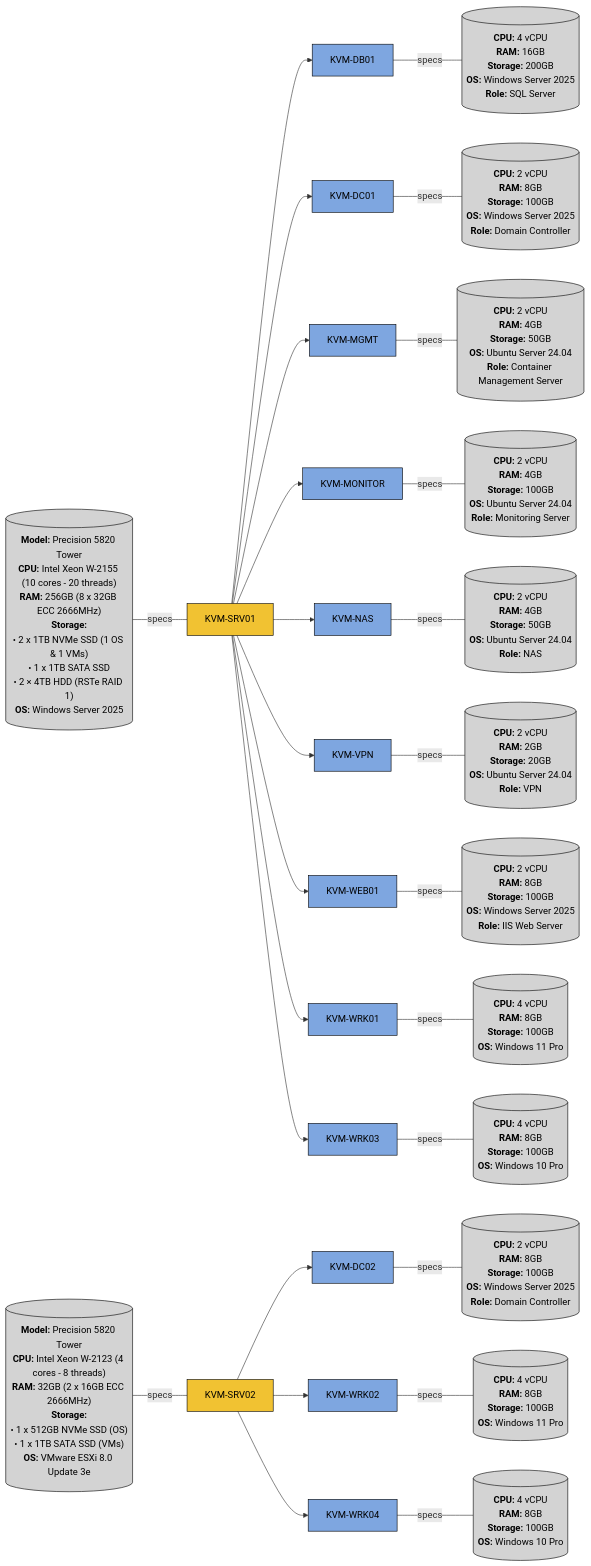
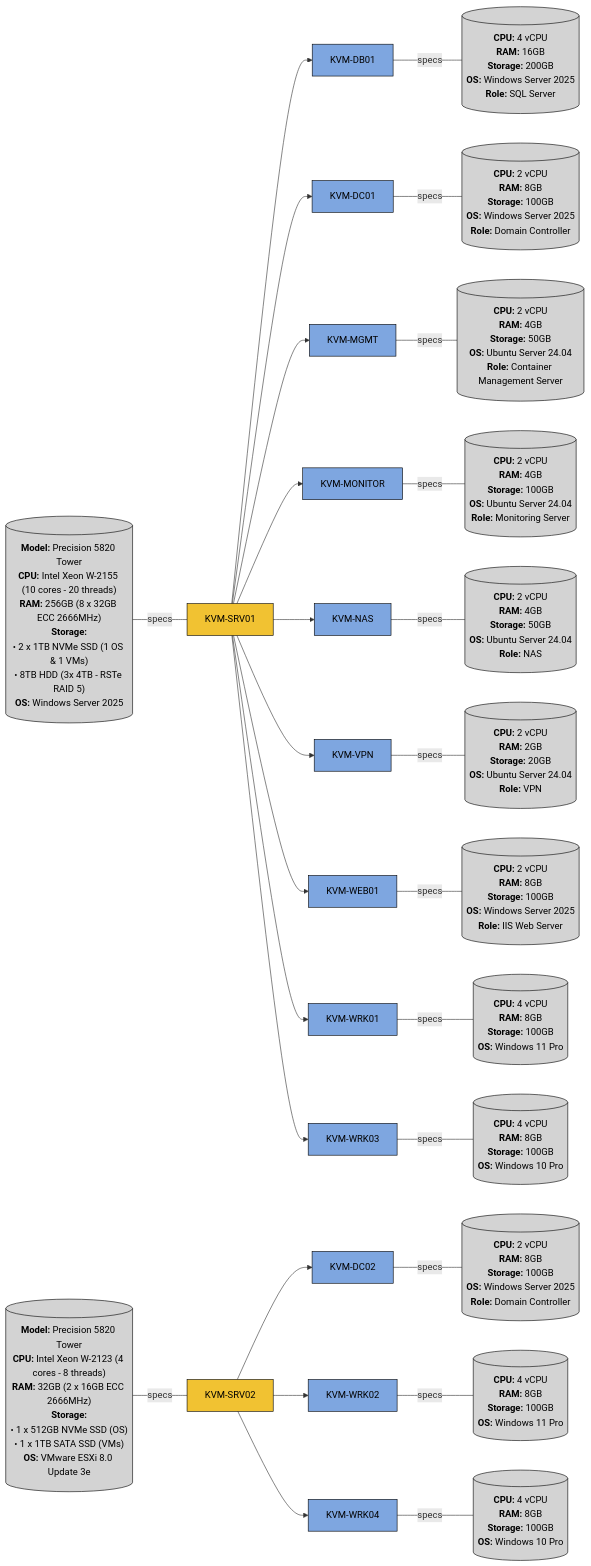
Before and after one commit to khangvum/homelab-ansible-config: the diagram in README.md, drawn with Mermaid.

Commit message:
Converted from RAID 1 to RAID 5 on KVM-SRV01

```diff
--- a/README.md
+++ b/README.md
@@ -20,8 +20,7 @@
         **RAM:** 256GB (8 x 32GB ECC 2666MHz)
         **Storage:**
         • 2 x 1TB NVMe SSD (1 OS & 1 VMs)
-        • 1 x 1TB SATA SSD
-        • 2 × 4TB HDD (RSTe RAID 1)
+        • 8TB HDD (3x 4TB - RSTe RAID 5)
         **OS:** Windows Server 2025`")] -- specs --- SRV01[KVM-SRV01]
     
     %% - VMs
```
